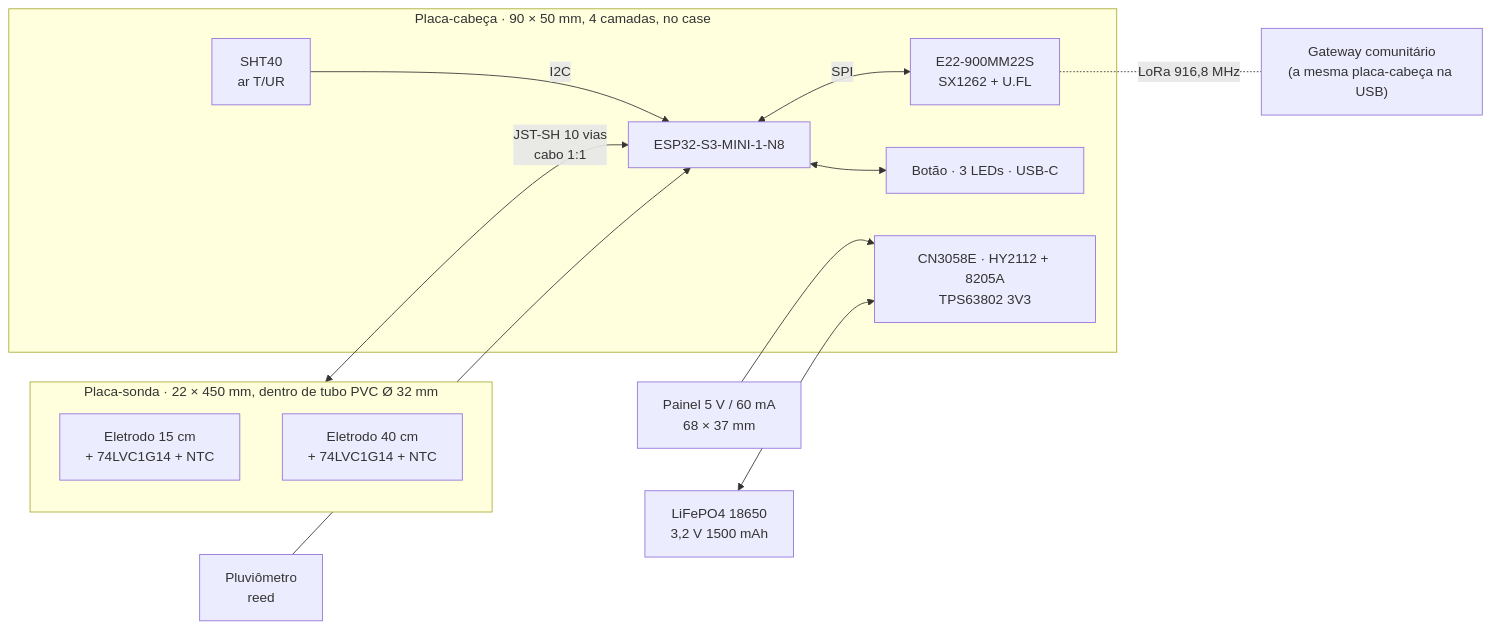
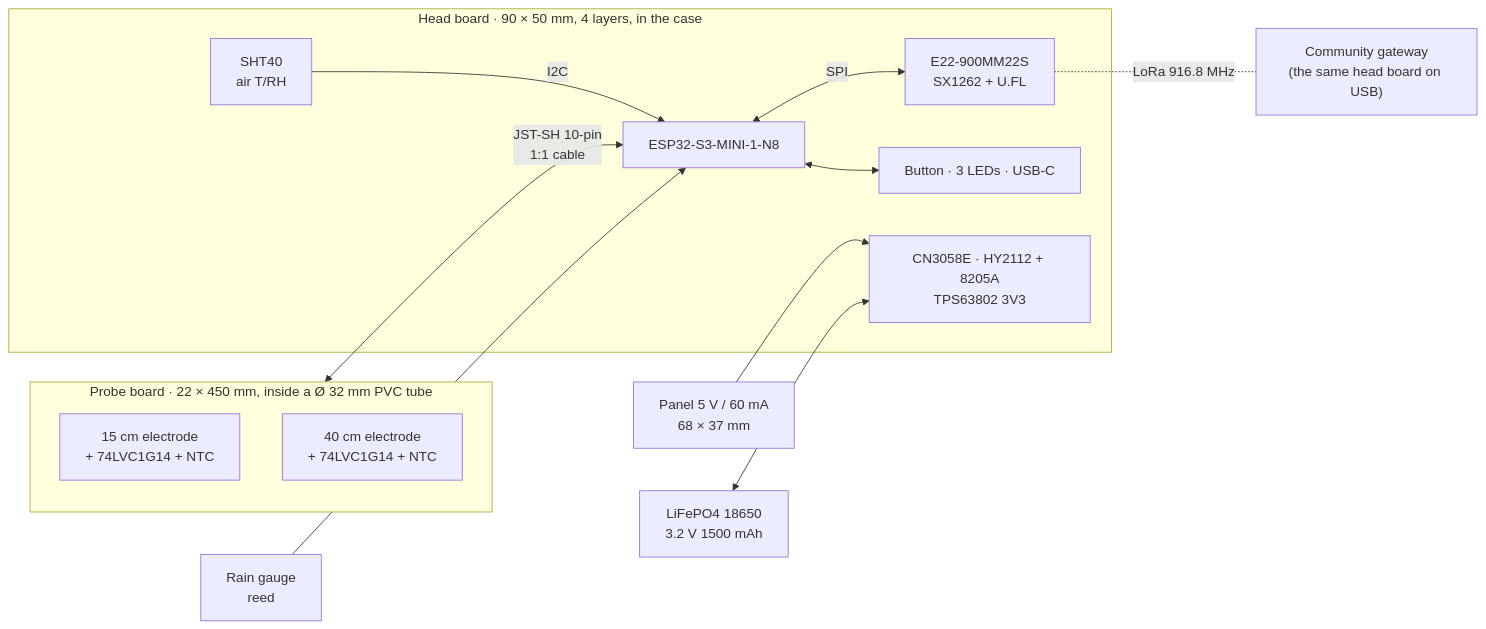
One commit to mauricioandreata/gaiapus changed the first of 2 diagrams in docs/hardware.md. Above: the diagram before and after it, drawn with Mermaid. The commit also changed other lines of this file and 16 other files, not shown here.

````diff
--- a/docs/hardware.md
+++ b/docs/hardware.md
@@ -51,22 +51,22 @@
 ```mermaid
 flowchart LR
-    subgraph Sonda["Placa-sonda · 22 × 450 mm, dentro de tubo PVC Ø 32 mm"]
-        E15["Eletrodo 15 cm<br/>+ 74LVC1G14 + NTC"]
-        E40["Eletrodo 40 cm<br/>+ 74LVC1G14 + NTC"]
+    subgraph Probe["Probe board · 22 × 450 mm, inside a Ø 32 mm PVC tube"]
+        E15["15 cm electrode<br/>+ 74LVC1G14 + NTC"]
+        E40["40 cm electrode<br/>+ 74LVC1G14 + NTC"]
     end
-    subgraph Cabeca["Placa-cabeça · 90 × 50 mm, 4 camadas, no case"]
+    subgraph Head["Head board · 90 × 50 mm, 4 layers, in the case"]
         MCU["ESP32-S3-MINI-1-N8"]
         LORA["E22-900MM22S<br/>SX1262 + U.FL"]
-        SHT["SHT40<br/>ar T/UR"]
+        SHT["SHT40<br/>air T/RH"]
         PWR["CN3058E · HY2112 + 8205A<br/>TPS63802 3V3"]
-        UI["Botão · 3 LEDs · USB-C"]
+        UI["Button · 3 LEDs · USB-C"]
     end
-    SOL["Painel 5 V / 60 mA<br/>68 × 37 mm"] --> PWR
-    BAT["LiFePO4 18650<br/>3,2 V 1500 mAh"] <--> PWR
-    PLV["Pluviômetro<br/>reed"] --> MCU
-    Sonda <-->|"JST-SH 10 vias<br/>cabo 1:1"| MCU
+    SOL["Panel 5 V / 60 mA<br/>68 × 37 mm"] --> PWR
+    BAT["LiFePO4 18650<br/>3.2 V 1500 mAh"] <--> PWR
+    PLV["Rain gauge<br/>reed"] --> MCU
+    Probe <-->|"JST-SH 10-pin<br/>1:1 cable"| MCU
     SHT -->|I2C| MCU
     MCU <-->|SPI| LORA
     MCU <--> UI
-    LORA -. "LoRa 916,8 MHz" .- GW["Gateway comunitário<br/>(a mesma placa-cabeça na USB)"]
+    LORA -. "LoRa 916.8 MHz" .- GW["Community gateway<br/>(the same head board on USB)"]
 ```
````
